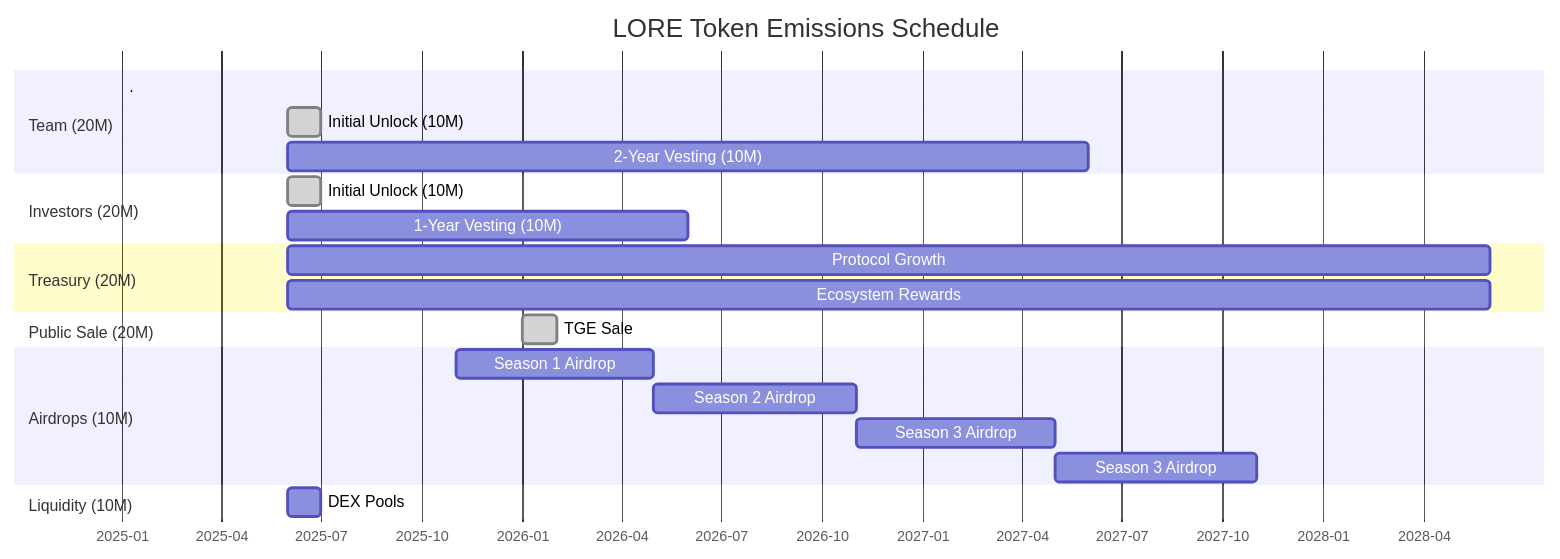
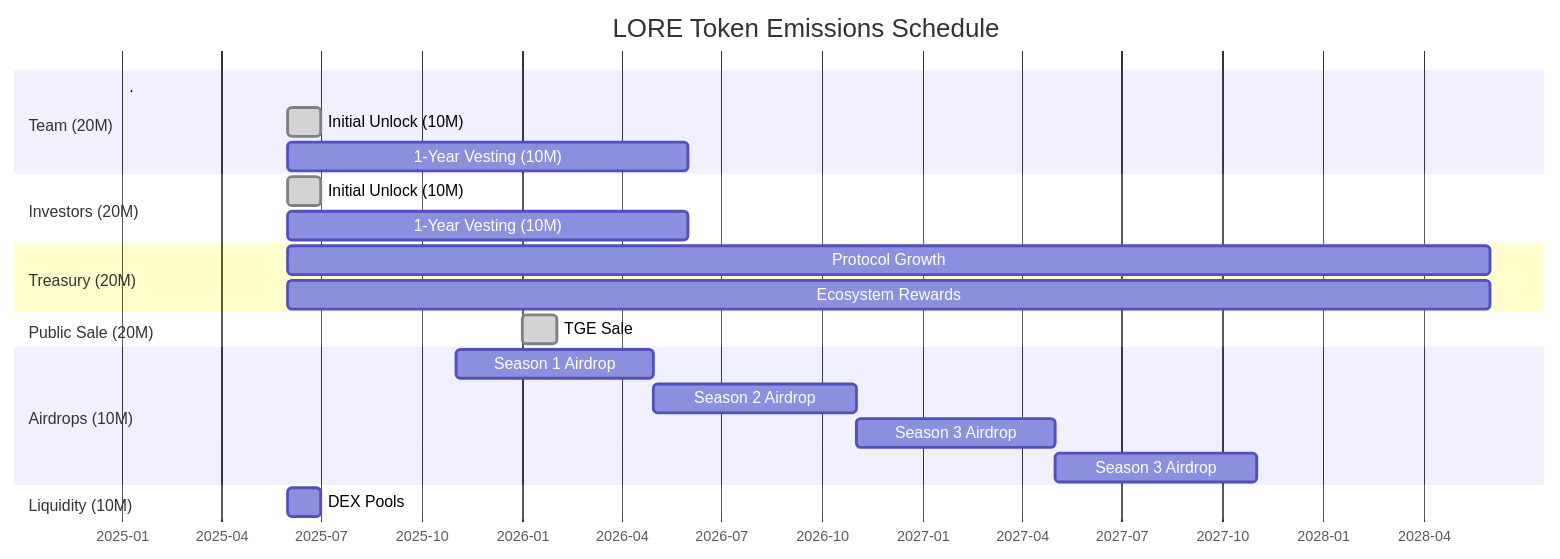
One commit to loreum-org/loreum-docs changed the second of 2 diagrams in docs/tokenomics.md. Above: the diagram before and after it, drawn with Mermaid.

Commit message:
adds 1year vesting to team

````diff
--- a/docs/tokenomics.md
+++ b/docs/tokenomics.md
@@ -55,31 +55,31 @@
 ```mermaid
 gantt
     title LORE Token Emissions Schedule
     dateFormat  YYYY-MM
     axisFormat  %Y-%m
     
     section Team (20M)
         .                       :done, gap, 2025-01, 0d
         Initial Unlock (10M)    :done, t1, 2025-06, 1M
-        2-Year Vesting (10M)    :t2, 2025-06, 24M
+        1-Year Vesting (10M)    :t2, 2025-06, 12M
     
     section Investors (20M)
         Initial Unlock (10M)    :done, i1, 2025-06, 1M
         1-Year Vesting (10M)    :i2, 2025-06, 12M
         
     section Treasury (20M)
         Protocol Growth         :tr1, 2025-06, 36M
         Ecosystem Rewards       :tr2, 2025-06, 36M
         
     section Public Sale (20M)
         TGE Sale                :done, p1, 2026-01, 1M
 
     section Airdrops (10M)
         Season 1 Airdrop        :p2, 2025-11, 6M
         Season 2 Airdrop        :p3, after p2, 6M
         Season 3 Airdrop        :p4, after p3, 6M
         Season 3 Airdrop        :p5, after p4, 6M
         
     section Liquidity (10M)
         DEX Pools              :l1, 2025-06, 1M
 ```
````
